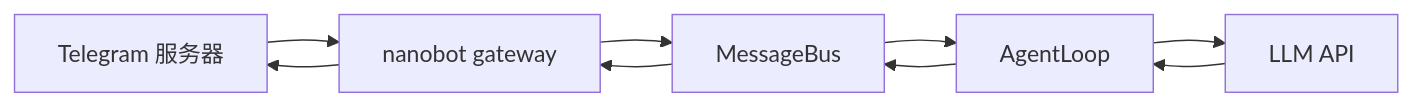
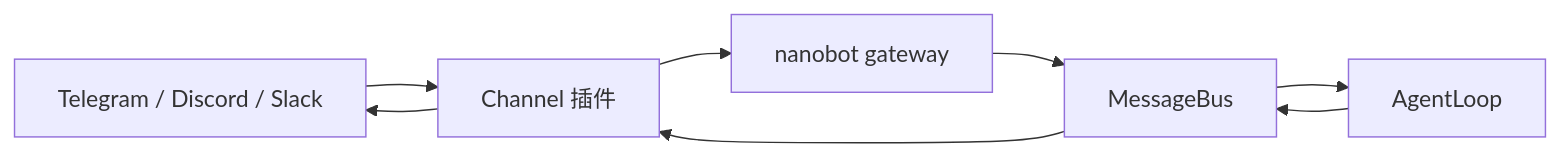
One commit to sine-io/byte-of-nanobot changed the first of 2 diagrams in docs/zh-cn/zero/05-deploy-telegram.md. Above: the diagram before and after it, drawn with Mermaid. The commit also changed other lines of this file, not shown here.

Commit message:
docs: modernize channel setup and pairing (#27)

````diff
--- a/docs/zh-cn/zero/05-deploy-telegram.md
+++ b/docs/zh-cn/zero/05-deploy-telegram.md
@@ -25,11 +21,10 @@
 ```mermaid
 flowchart LR
-    telegram[Telegram 服务器] --> gateway[nanobot gateway]
+    platform[Telegram / Discord / Slack] --> channel[Channel 插件]
+    channel --> gateway[nanobot gateway]
     gateway --> bus[MessageBus]
     bus --> agent[AgentLoop]
-    agent --> llm[LLM API]
-    llm --> agent
     agent --> bus
-    bus --> gateway
-    gateway --> telegram
+    bus --> channel
+    channel --> platform
 ```
````
